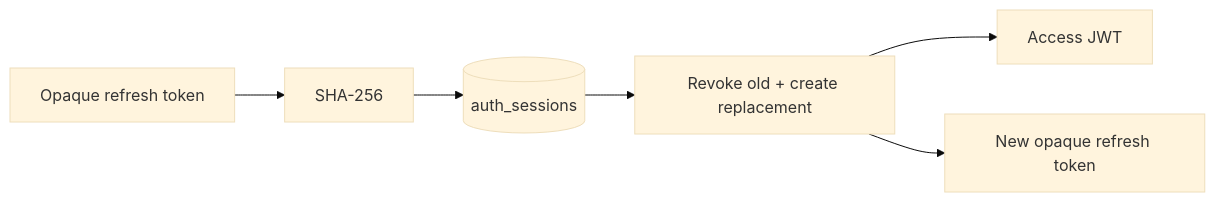
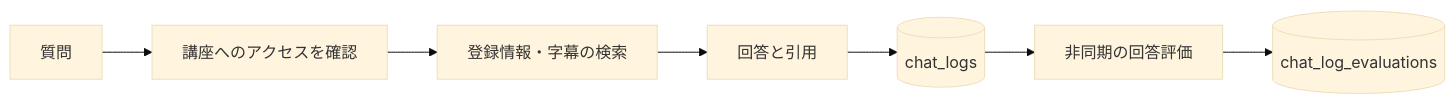
The second of 2 diagrams in docs/database/data-flow-diagram.md (yukiharada1228/videoq), drawn with Mermaid (base theme) before and after one commit. The commit also changed other lines of this file and 62 other files, not shown here.

````diff
--- a/docs/database/data-flow-diagram.md
+++ b/docs/database/data-flow-diagram.md
@@ -39,8 +29,9 @@
 ```mermaid
 flowchart LR
-    Refresh[Opaque refresh token] --> Hash[SHA-256]
-    Hash --> Session[(auth_sessions)]
-    Session --> Rotate[Revoke old + create replacement]
-    Rotate --> Access[Access JWT]
-    Rotate --> NewRefresh[New opaque refresh token]
+    Question[質問] --> Access[講座へのアクセスを確認]
+    Access --> Context[登録情報・字幕の検索]
+    Context --> Answer[回答と引用]
+    Answer --> Logs[(chat_logs)]
+    Logs --> Evaluation[非同期の回答評価]
+    Evaluation --> Scores[(chat_log_evaluations)]
 ```
````
